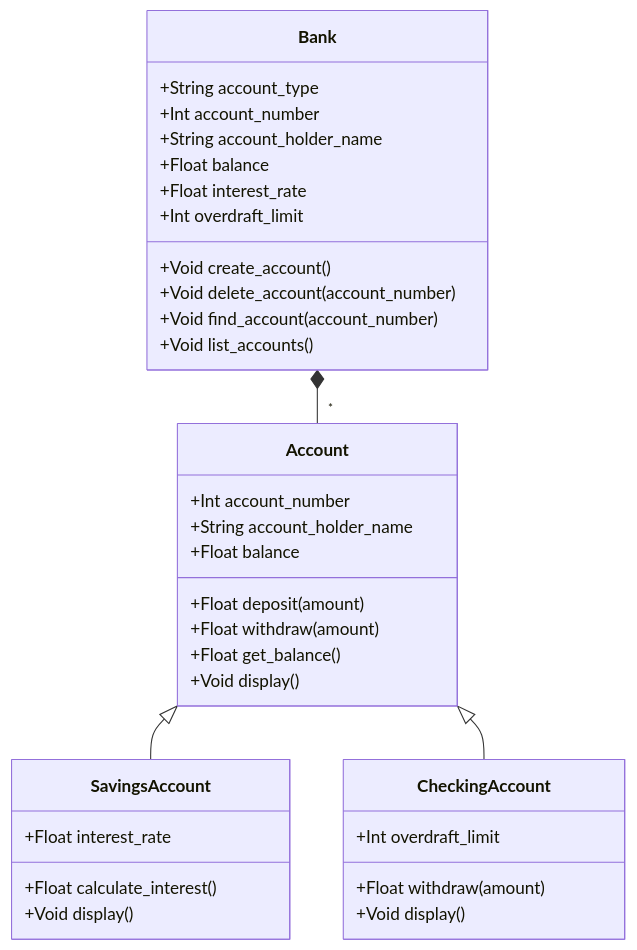
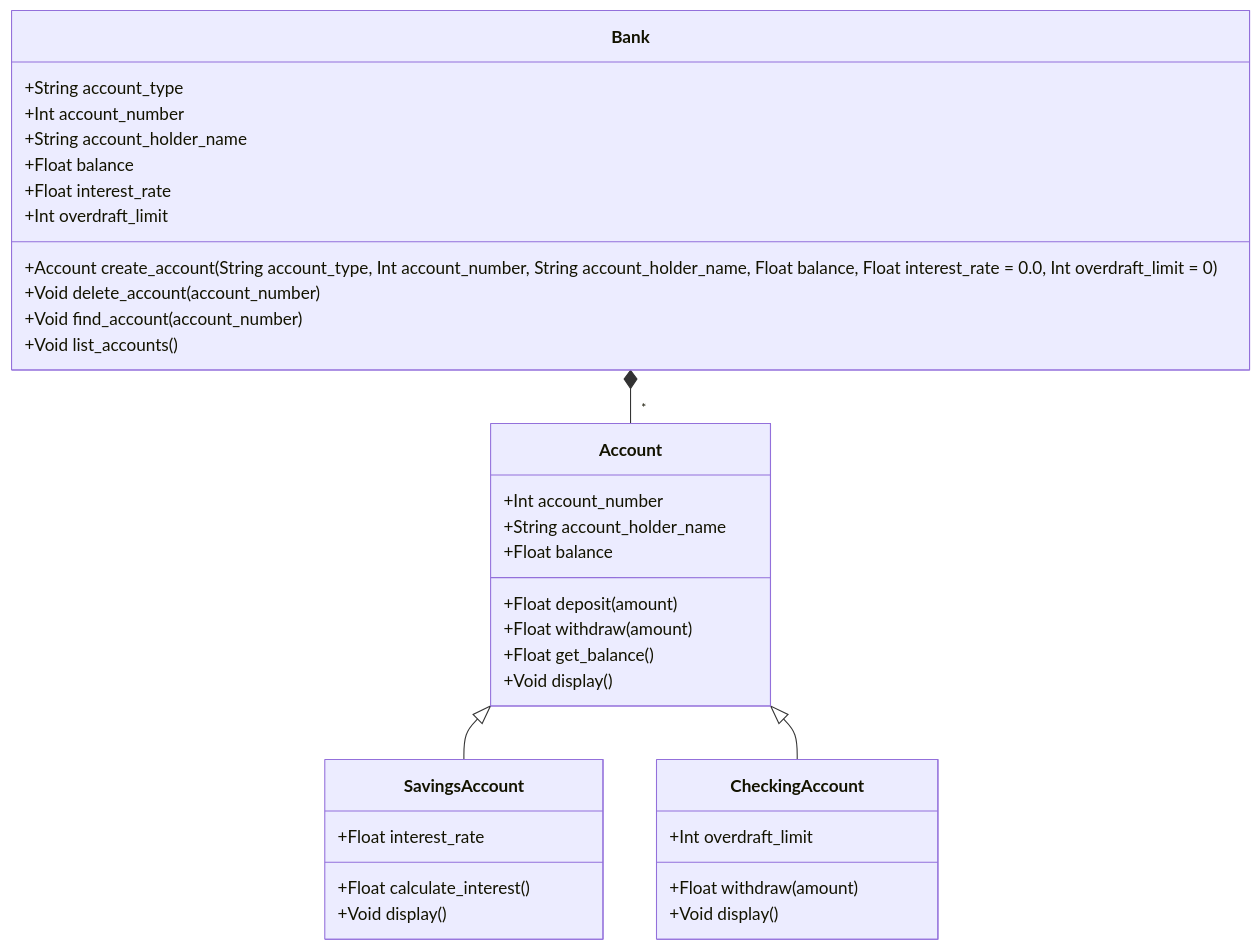
One commit to EECE3093C/Le_Huy__bearcat_trust_bank changed the diagram in docs/uml_class_diagram.md. Above: the diagram before and after it, drawn with Mermaid.

Commit message:
Updated bank class
Changed parameters and return type of create_account method.

````diff
--- a/docs/uml_class_diagram.md
+++ b/docs/uml_class_diagram.md
@@ -5,40 +5,40 @@
 ```mermaid
 classDiagram
    
     class Account {
         +Int account_number
         +String account_holder_name
         +Float balance
         +Float deposit(amount)
         +Float withdraw(amount)
         +Float get_balance()
         +Void display()
     }
      class Bank {
          +String account_type
          +Int account_number 
          +String account_holder_name 
          +Float balance
          +Float interest_rate 
          +Int overdraft_limit
-         +Void create_account()
+         +Account create_account(String account_type, Int account_number, String account_holder_name, Float balance, Float interest_rate = 0.0, Int overdraft_limit = 0)
          +Void delete_account(account_number)
          +Void find_account(account_number)
          +Void list_accounts() 
      }   
      
     class SavingsAccount  {
         +Float interest_rate
         +Float calculate_interest()
         +Void display()
     }
     class CheckingAccount {
         +Int overdraft_limit
         +Float withdraw(amount)
         +Void display()
     }
     
     Account <|-- SavingsAccount
     Account <|-- CheckingAccount
     Bank *-- "*" Account   
 ```
````
